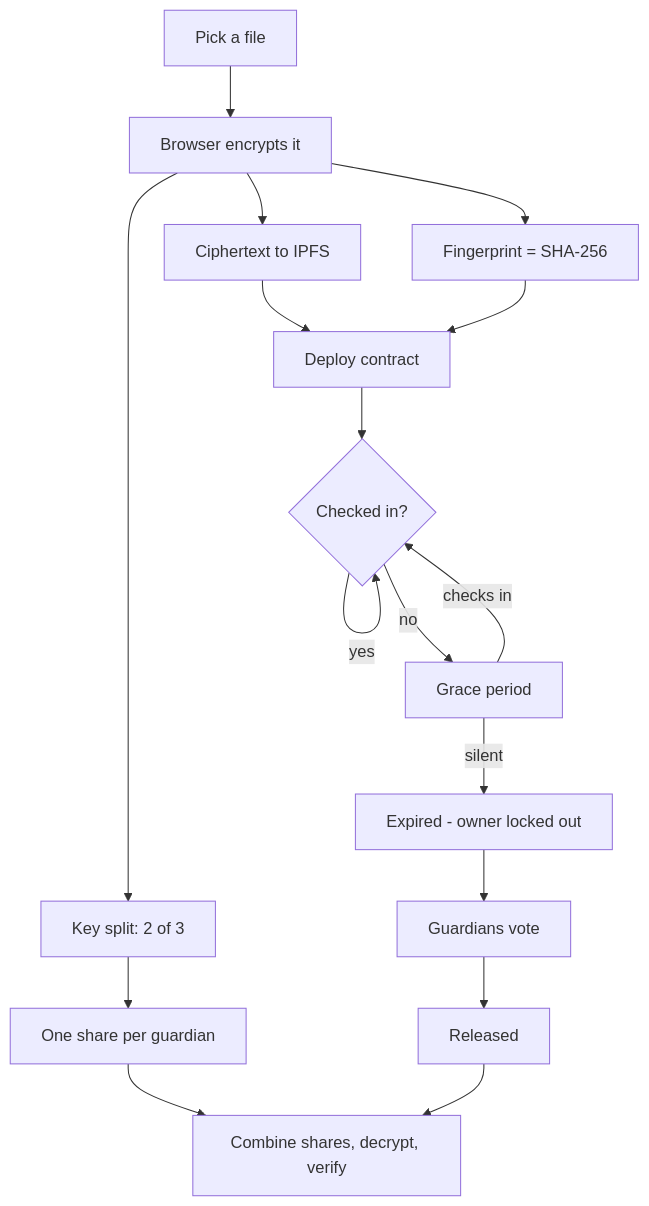
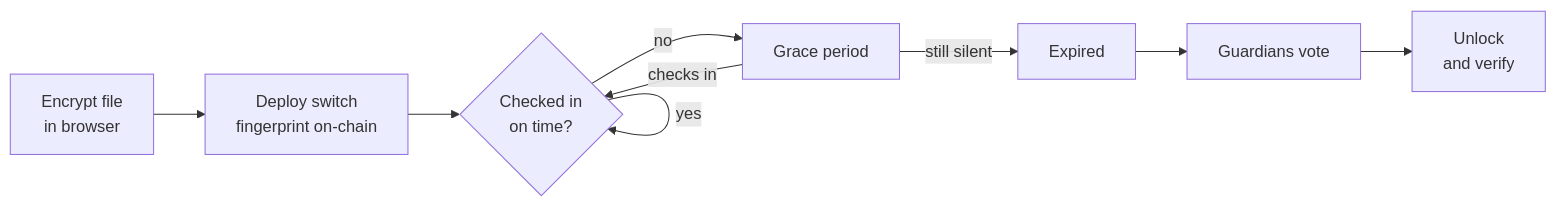
Before and after one commit to grish11/heartbeat: the diagram in README.md, drawn with Mermaid. The commit also changed other lines of this file, not shown here.

Commit message:
Simplify the flow diagram and prepare the demo video embed
The diagram is now left-to-right and drops from 13 nodes to 7; the
key-splitting detail lives in the prose below it instead.

GitHub strips <video> tags from READMEs, so the Demo section holds a
slot for a CDN url obtained by uploading media/demo.mp4 through an
issue comment, which is the only route to an inline player.

````diff
--- a/README.md
+++ b/README.md
@@ -42,19 +42,11 @@
 ```mermaid
-flowchart TD
-    A[Pick a file] --> B[Browser encrypts it]
-    B --> C[Ciphertext to IPFS]
-    B --> D[Fingerprint = SHA-256]
-    B --> E[Key split: 2 of 3]
-    C --> F[Deploy contract]
-    D --> F
-    E --> G[One share per guardian]
-    F --> H{Checked in?}
-    H -->|yes| H
-    H -->|no| I[Grace period]
-    I -->|checks in| H
-    I -->|silent| J[Expired - owner locked out]
-    J --> K[Guardians vote]
-    K --> L[Released]
-    G --> M
-    L --> M[Combine shares, decrypt, verify]
+flowchart LR
+    A[Encrypt file<br/>in browser] --> B[Deploy switch<br/>fingerprint on-chain]
+    B --> C{Checked in<br/>on time?}
+    C -->|yes| C
+    C -->|no| D[Grace period]
+    D -->|checks in| C
+    D -->|still silent| E[Expired]
+    E --> F[Guardians vote]
+    F --> G[Unlock<br/>and verify]
 ```
````
